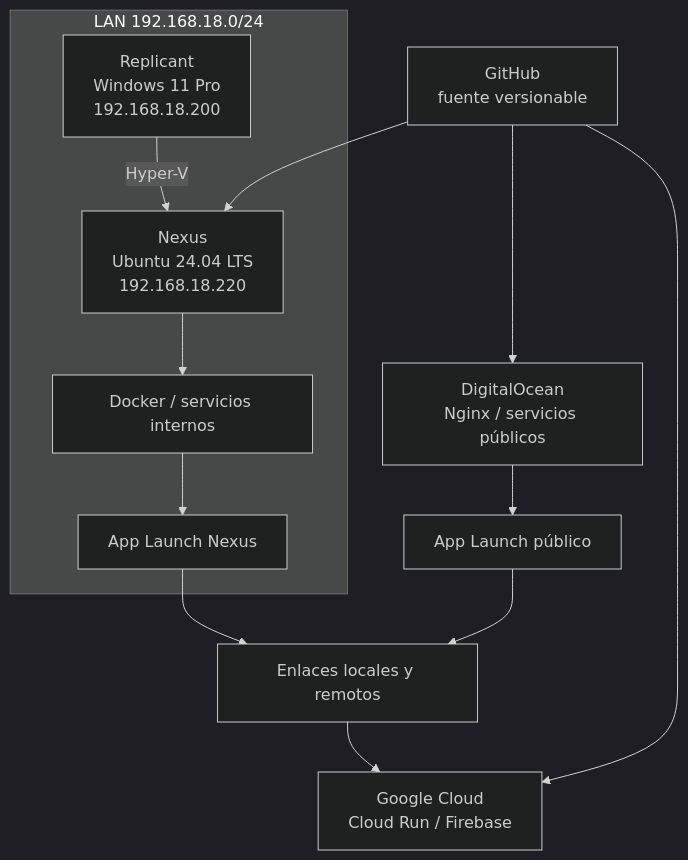
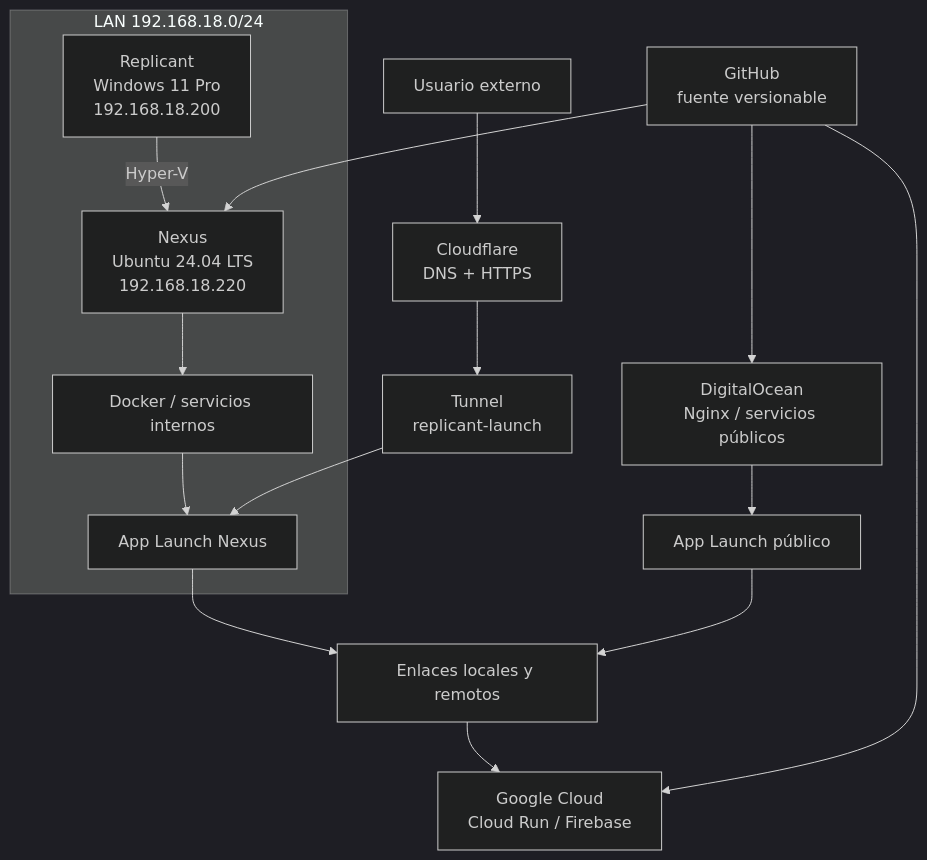
Before and after one commit to ratienza/infra-replicant-lab: the first of 2 diagrams in docs/arquitectura.md, drawn with Mermaid (dark theme). The commit also changed 27 other files, not shown here.

````diff
--- a/docs/arquitectura.md
+++ b/docs/arquitectura.md
@@ -5,21 +5,25 @@
 ```mermaid
 flowchart TB
     subgraph LAN["LAN 192.168.18.0/24"]
         R["Replicant<br/>Windows 11 Pro<br/>192.168.18.200"]
         N["Nexus<br/>Ubuntu 24.04 LTS<br/>192.168.18.220"]
         R -->|Hyper-V| N
         N --> NR["Docker / servicios internos"]
         NR --> NAL["App Launch Nexus"]
     end
+    CF["Cloudflare<br/>DNS + HTTPS"]
+    T["Tunnel<br/>replicant-launch"]
+    U["Usuario externo"]
     GH["GitHub<br/>fuente versionable"]
     DO["DigitalOcean<br/>Nginx / servicios públicos"]
     DAL["App Launch público"]
     GC["Google Cloud<br/>Cloud Run / Firebase"]
     GH --> N
     GH --> DO
     GH --> GC
     DO --> DAL
+    U --> CF --> T --> NAL
     NAL --> LINKS["Enlaces locales y remotos"]
     DAL --> LINKS
     LINKS --> GC
 ```
````
